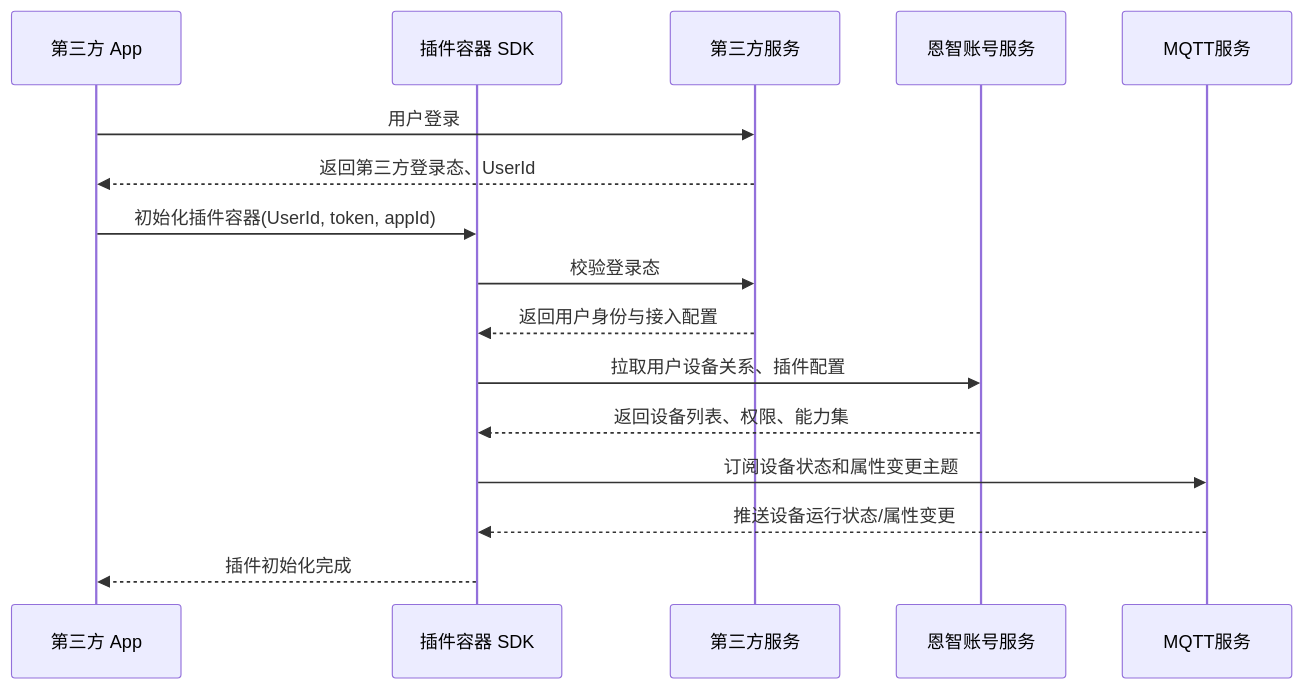
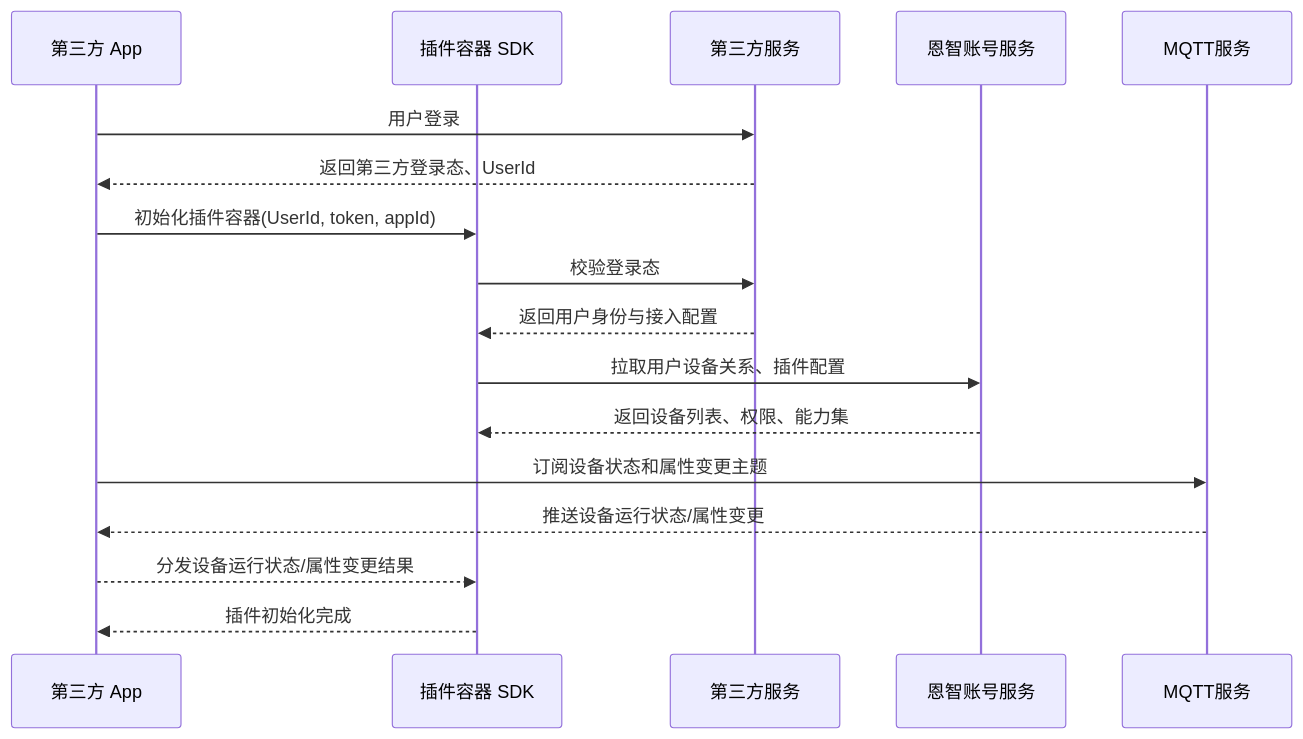
The second of 13 diagrams in App端物联网设备模块插件化开发方案.md (itmanlee/IoT-Device-Plugin-Framework), drawn with Mermaid before and after one commit. The commit also changed other lines of this file, not shown here.

````diff
--- a/App端物联网设备模块插件化开发方案.md
+++ b/App端物联网设备模块插件化开发方案.md
@@ -124,19 +124,20 @@
 ```mermaid
 sequenceDiagram
     participant App as 第三方 App
     participant SDK as 插件容器 SDK
     participant TP as 第三方服务
     participant EZ as 恩智账号服务
     participant MQTT as MQTT服务
 
     App->>TP: 用户登录
     TP-->>App: 返回第三方登录态、UserId
     App->>SDK: 初始化插件容器(UserId, token, appId)
     SDK->>TP: 校验登录态
     TP-->>SDK: 返回用户身份与接入配置
     SDK->>EZ: 拉取用户设备关系、插件配置
     EZ-->>SDK: 返回设备列表、权限、能力集
-    SDK->>MQTT: 订阅设备状态和属性变更主题
-    MQTT-->>SDK: 推送设备运行状态/属性变更
+    App->>MQTT: 订阅设备状态和属性变更主题
+    MQTT-->>App: 推送设备运行状态/属性变更
+    App-->>SDK: 分发设备运行状态/属性变更结果
     SDK-->>App: 插件初始化完成
 ```
````
